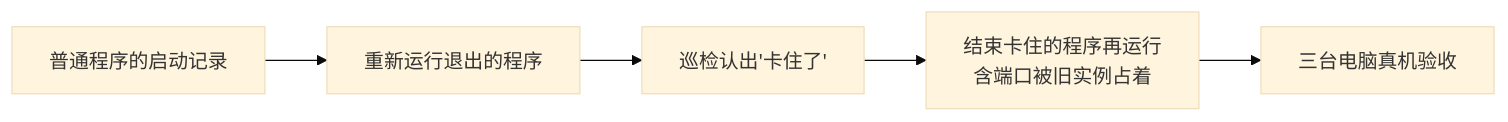
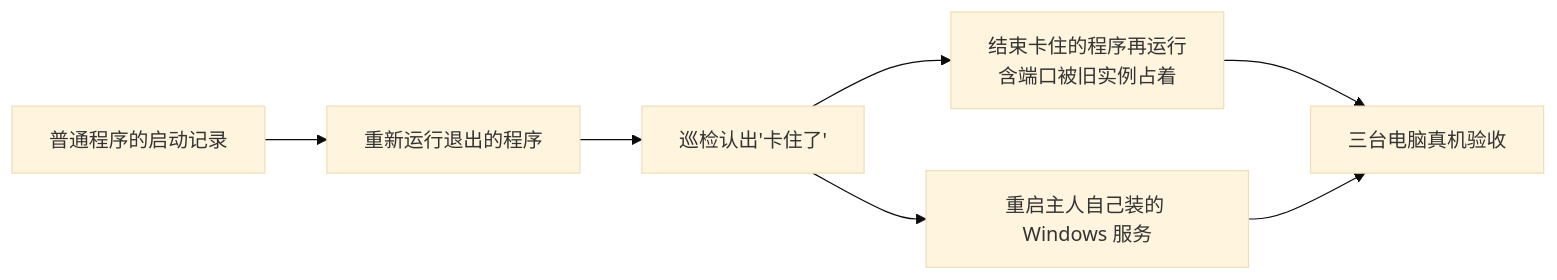
Before and after one commit to Sugarfarmeriod/TunnelMinion: the diagram in docs/design/more-repair-kinds.md, drawn with Mermaid (base theme). The commit also changed other lines of this file, not shown here.

First line of the commit message:
docs: 修法方案补上 Windows 服务、卡住的判断标准和后续阶段

````diff
--- a/docs/design/more-repair-kinds.md
+++ b/docs/design/more-repair-kinds.md
@@ -100,7 +129,9 @@
 ```mermaid
 flowchart LR
     A["普通程序的启动记录"] --> B["重新运行退出的程序"]
     B --> C["巡检认出'卡住了'"]
     C --> D["结束卡住的程序再运行<br/>含端口被旧实例占着"]
+    C --> W["重启主人自己装的 Windows 服务"]
     D --> E["三台电脑真机验收"]
+    W --> E
 ```
````
